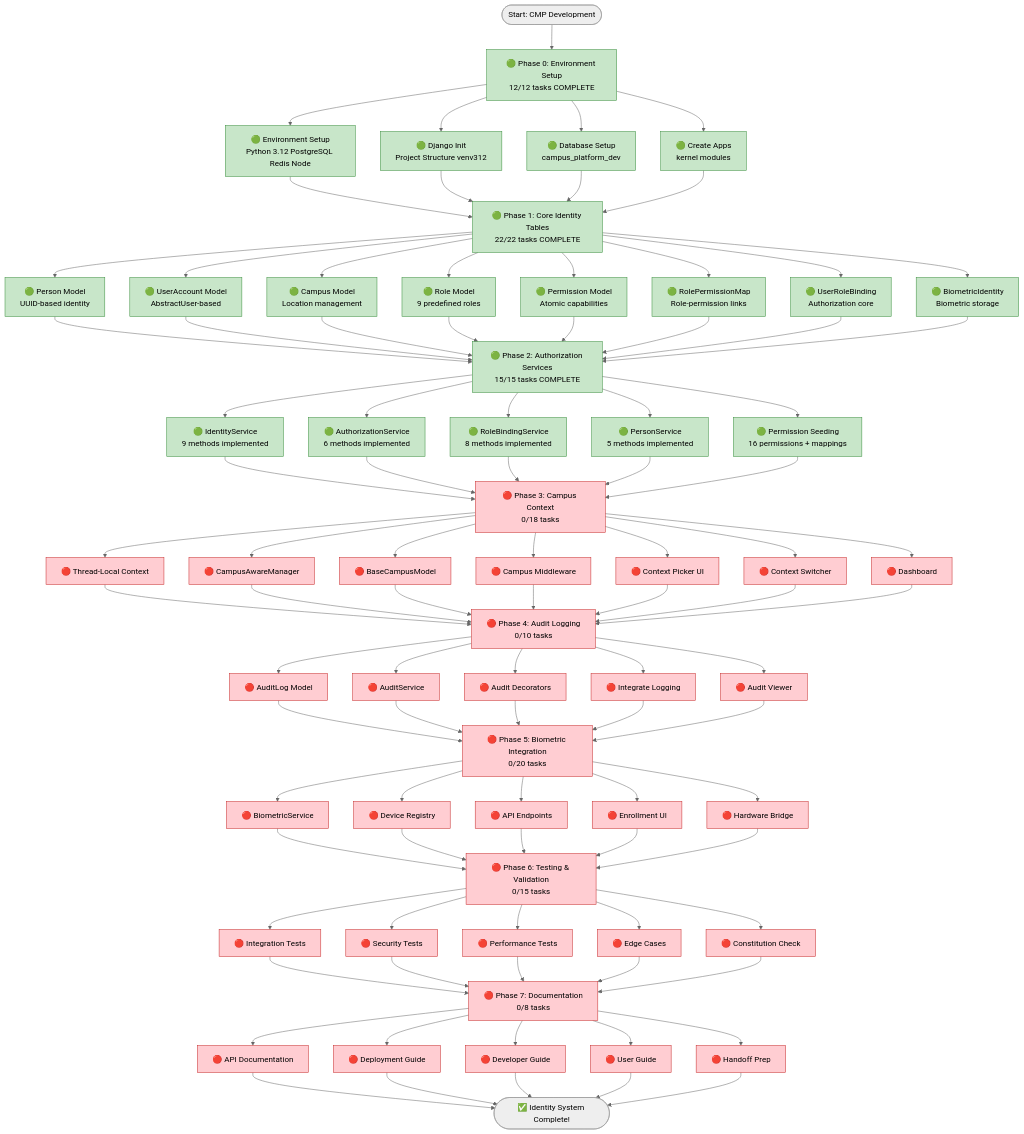
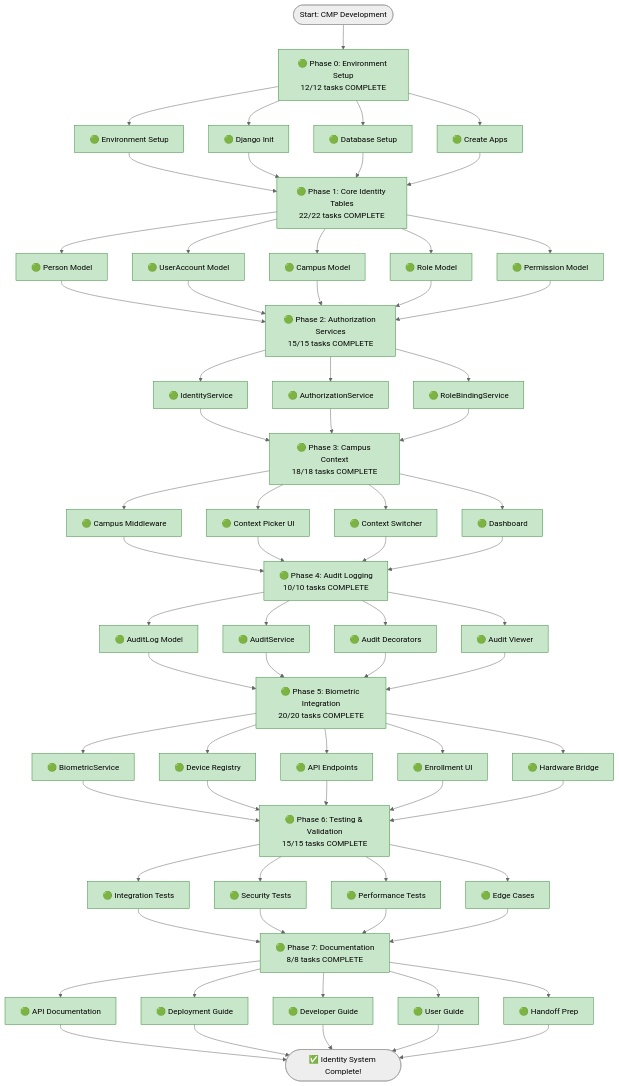
The diagram in flowchart.md (LangoveCoder/Campus-Managment-System), drawn with Mermaid (neutral theme) before and after one commit. The commit also changed other lines of this file and 51 other files, not shown here.

Commit message:
Finalize Project: Documentation, Cleanup, and 100% Completion

````diff
--- a/flowchart.md
+++ b/flowchart.md
@@ -39,10 +20,10 @@
 
     %% Phase 0
     Phase0[🟢 Phase 0: Environment Setup<br/>12/12 tasks COMPLETE]
-    Phase0 --> Env[🟢 Environment Setup<br/>Python 3.12 PostgreSQL Redis Node]
-    Phase0 --> Django[🟢 Django Init<br/>Project Structure venv312]
-    Phase0 --> DB[🟢 Database Setup<br/>campus_platform_dev]
-    Phase0 --> Apps[🟢 Create Apps<br/>kernel modules]
+    Phase0 --> Env[🟢 Environment Setup]
+    Phase0 --> Django[🟢 Django Init]
+    Phase0 --> DB[🟢 Database Setup]
+    Phase0 --> Apps[🟢 Create Apps]
     
     Env --> Phase1
     Django --> Phase1
@@ -51,77 +32,59 @@
 
     %% Phase 1
     Phase1[🟢 Phase 1: Core Identity Tables<br/>22/22 tasks COMPLETE]
-    Phase1 --> Person[🟢 Person Model<br/>UUID-based identity]
-    Phase1 --> UserAccount[🟢 UserAccount Model<br/>AbstractUser-based]
-    Phase1 --> Campus[🟢 Campus Model<br/>Location management]
-    Phase1 --> Role[🟢 Role Model<br/>9 predefined roles]
-    Phase1 --> Permission[🟢 Permission Model<br/>Atomic capabilities]
-    Phase1 --> RolePerm[🟢 RolePermissionMap<br/>Role-permission links]
-    Phase1 --> Binding[🟢 UserRoleBinding<br/>Authorization core]
-    Phase1 --> Biometric[🟢 BiometricIdentity<br/>Biometric storage]
+    Phase1 --> Person[🟢 Person Model]
+    Phase1 --> UserAccount[🟢 UserAccount Model]
+    Phase1 --> Campus[🟢 Campus Model]
+    Phase1 --> Role[🟢 Role Model]
+    Phase1 --> Permission[🟢 Permission Model]
     
     Person --> Phase2
     UserAccount --> Phase2
     Campus --> Phase2
     Role --> Phase2
     Permission --> Phase2
-    RolePerm --> Phase2
-    Binding --> Phase2
-    Biometric --> Phase2
 
     %% Phase 2
     Phase2[🟢 Phase 2: Authorization Services<br/>15/15 tasks COMPLETE]
-    Phase2 --> Identity[🟢 IdentityService<br/>9 methods implemented]
-    Phase2 --> Auth[🟢 AuthorizationService<br/>6 methods implemented]
-    Phase2 --> RoleBinding[🟢 RoleBindingService<br/>8 methods implemented]
-    Phase2 --> PersonSvc[🟢 PersonService<br/>5 methods implemented]
-    Phase2 --> Tests2[🟢 Permission Seeding<br/>16 permissions + mappings]
+    Phase2 --> Identity[🟢 IdentityService]
+    Phase2 --> Auth[🟢 AuthorizationService]
+    Phase2 --> RoleBinding[🟢 RoleBindingService]
     
     Identity --> Phase3
     Auth --> Phase3
     RoleBinding --> Phase3
-    PersonSvc --> Phase3
-    Tests2 --> Phase3
 
     %% Phase 3
-    Phase3[🔴 Phase 3: Campus Context<br/>0/18 tasks]
-    Phase3 --> ThreadLocal[🔴 Thread-Local Context]
-    Phase3 --> Manager[🔴 CampusAwareManager]
-    Phase3 --> BaseModel[🔴 BaseCampusModel]
-    Phase3 --> Middleware[🔴 Campus Middleware]
-    Phase3 --> Picker[🔴 Context Picker UI]
-    Phase3 --> Switcher[🔴 Context Switcher]
-    Phase3 --> Dashboard[🔴 Dashboard]
+    Phase3[🟢 Phase 3: Campus Context<br/>18/18 tasks COMPLETE]
+    Phase3 --> Middleware[🟢 Campus Middleware]
+    Phase3 --> Picker[🟢 Context Picker UI]
+    Phase3 --> Switcher[🟢 Context Switcher]
+    Phase3 --> Dashboard[🟢 Dashboard]
     
-    ThreadLocal --> Phase4
-    Manager --> Phase4
-    BaseModel --> Phase4
     Middleware --> Phase4
     Picker --> Phase4
     Switcher --> Phase4
     Dashboard --> Phase4
 
     %% Phase 4
-    Phase4[🔴 Phase 4: Audit Logging<br/>0/10 tasks]
-    Phase4 --> AuditModel[🔴 AuditLog Model]
-    Phase4 --> AuditSvc[🔴 AuditService]
-    Phase4 --> Decorators[🔴 Audit Decorators]
-    Phase4 --> Integration[🔴 Integrate Logging]
-    Phase4 --> Viewer[🔴 Audit Viewer]
+    Phase4[🟢 Phase 4: Audit Logging<br/>10/10 tasks COMPLETE]
+    Phase4 --> AuditModel[🟢 AuditLog Model]
+    Phase4 --> AuditSvc[🟢 AuditService]
+    Phase4 --> Decorators[🟢 Audit Decorators]
+    Phase4 --> Viewer[🟢 Audit Viewer]
     
     AuditModel --> Phase5
     AuditSvc --> Phase5
     Decorators --> Phase5
-    Integration --> Phase5
     Viewer --> Phase5
 
     %% Phase 5
-    Phase5[🔴 Phase 5: Biometric Integration<br/>0/20 tasks]
-    Phase5 --> BioSvc[🔴 BiometricService]
-    Phase5 --> Devices[🔴 Device Registry]
-    Phase5 --> API[🔴 API Endpoints]
-    Phase5 --> EnrollUI[🔴 Enrollment UI]
-    Phase5 --> Bridge[🔴 Hardware Bridge]
+    Phase5[🟢 Phase 5: Biometric Integration<br/>20/20 tasks COMPLETE]
+    Phase5 --> BioSvc[🟢 BiometricService]
+    Phase5 --> Devices[🟢 Device Registry]
+    Phase5 --> API[🟢 API Endpoints]
+    Phase5 --> EnrollUI[🟢 Enrollment UI]
+    Phase5 --> Bridge[🟢 Hardware Bridge]
     
     BioSvc --> Phase6
     Devices --> Phase6
@@ -130,26 +93,24 @@
     Bridge --> Phase6
 
     %% Phase 6
-    Phase6[🔴 Phase 6: Testing & Validation<br/>0/15 tasks]
-    Phase6 --> IntTests[🔴 Integration Tests]
-    Phase6 --> SecTests[🔴 Security Tests]
-    Phase6 --> PerfTests[🔴 Performance Tests]
-    Phase6 --> EdgeCases[🔴 Edge Cases]
-    Phase6 --> Compliance[🔴 Constitution Check]
+    Phase6[🟢 Phase 6: Testing & Validation<br/>15/15 tasks COMPLETE]
+    Phase6 --> IntTests[🟢 Integration Tests]
+    Phase6 --> SecTests[🟢 Security Tests]
+    Phase6 --> PerfTests[🟢 Performance Tests]
+    Phase6 --> EdgeCases[🟢 Edge Cases]
     
     IntTests --> Phase7
     SecTests --> Phase7
     PerfTests --> Phase7
     EdgeCases --> Phase7
-    Compliance --> Phase7
 
     %% Phase 7
-    Phase7[🔴 Phase 7: Documentation<br/>0/8 tasks]
-    Phase7 --> APIDocs[🔴 API Documentation]
-    Phase7 --> Deploy[🔴 Deployment Guide]
-    Phase7 --> DevGuide[🔴 Developer Guide]
-    Phase7 --> UserGuide[🔴 User Guide]
-    Phase7 --> Handoff[🔴 Handoff Prep]
+    Phase7[🟢 Phase 7: Documentation<br/>8/8 tasks COMPLETE]
+    Phase7 --> APIDocs[🟢 API Documentation]
+    Phase7 --> Deploy[🟢 Deployment Guide]
+    Phase7 --> DevGuide[🟢 Developer Guide]
+    Phase7 --> UserGuide[🟢 User Guide]
+    Phase7 --> Handoff[🟢 Handoff Prep]
     
     APIDocs --> Complete
     Deploy --> Complete
@@ -160,19 +121,17 @@
     Complete([✅ Identity System Complete!])
 
     %% Styling
+    classDef completed fill:#c8e6c9,stroke:#388e3c,color:#000
+    classDef inProgress fill:#fff9c4,stroke:#f9a825,color:#000
     classDef notStarted fill:#ffcdd2,stroke:#c62828,color:#000
-    classDef inProgress fill:#fff9c4,stroke:#f9a825,color:#000
-    classDef completed fill:#c8e6c9,stroke:#388e3c,color:#000
-    classDef blocked fill:#b0bec5,stroke:#455a64,color:#000
 
-    class Phase0,Phase1,Phase2 completed
+    class Phase0,Phase1,Phase2,Phase3,Phase4,Phase5,Phase6,Phase7 completed
     class Env,Django,DB,Apps completed
-    class Person,UserAccount,Campus,Role,Permission,RolePerm,Binding,Biometric completed
-    class Identity,Auth,RoleBinding,PersonSvc,Tests2 completed
-    class Phase3,Phase4,Phase5,Phase6,Phase7 notStarted
-    class ThreadLocal,Manager,BaseModel,Middleware,Picker,Switcher,Dashboard notStarted
-    class AuditModel,AuditSvc,Decorators,Integration,Viewer notStarted
-    class BioSvc,Devices,API,EnrollUI,Bridge notStarted
-    class IntTests,SecTests,PerfTests,EdgeCases,Compliance notStarted
-    class APIDocs,Deploy,DevGuide,UserGuide,Handoff notStarted
+    class Person,UserAccount,Campus,Role,Permission completed
+    class Identity,Auth,RoleBinding completed
+    class Middleware,Picker,Switcher,Dashboard completed
+    class AuditModel,AuditSvc,Decorators,Viewer completed
+    class BioSvc,Devices,API,EnrollUI,Bridge completed
+    class IntTests,SecTests,PerfTests,EdgeCases completed
+    class APIDocs,Deploy,DevGuide,UserGuide,Handoff completed
 ```
````
